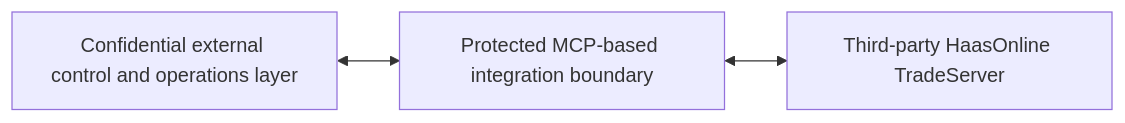
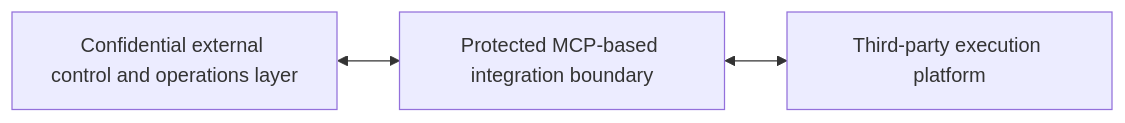
Before and after one commit to xxxalf/ai-tradeops-control-plane-case: the diagram in README.md, drawn with Mermaid. The commit also changed other lines of this file and 8 other files, not shown here.

````diff
--- a/README.md
+++ b/README.md
@@ -33,9 +33,9 @@
 ```mermaid
 flowchart LR
     External[Confidential external control and operations layer]
     Boundary[Protected MCP-based integration boundary]
-    HTS[Third-party HaasOnline TradeServer]
+    Execution[Third-party execution platform]
 
     External <--> Boundary
-    Boundary <--> HTS
+    Boundary <--> Execution
 ```
````
